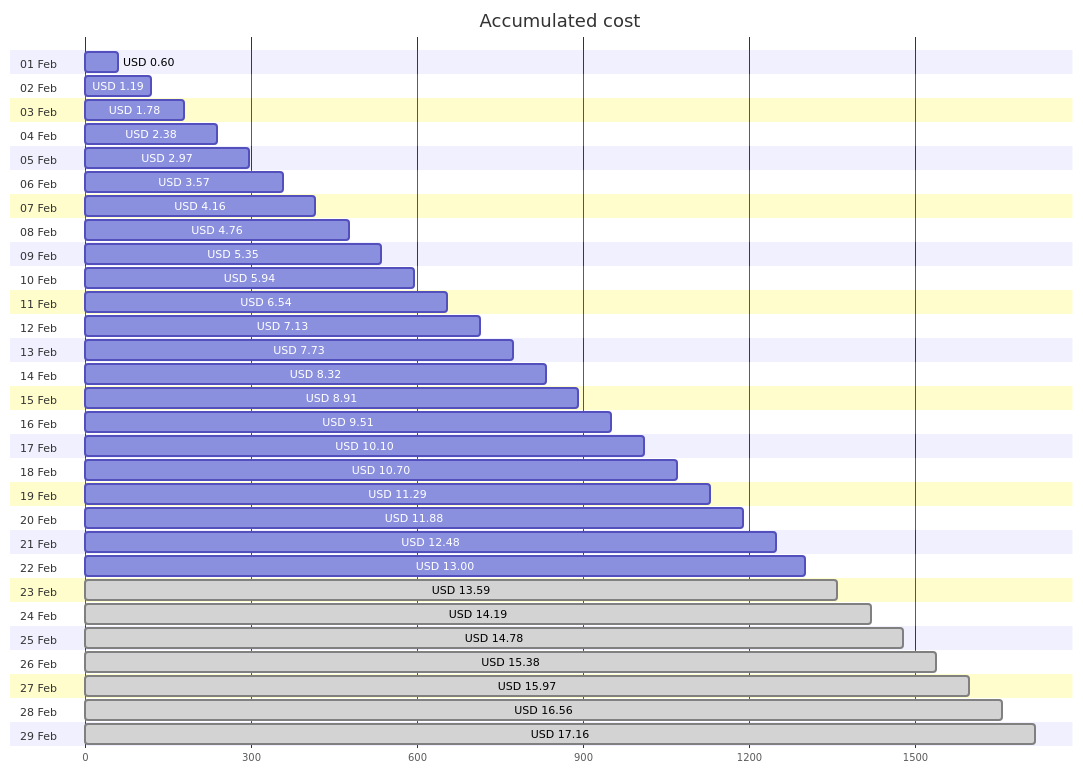
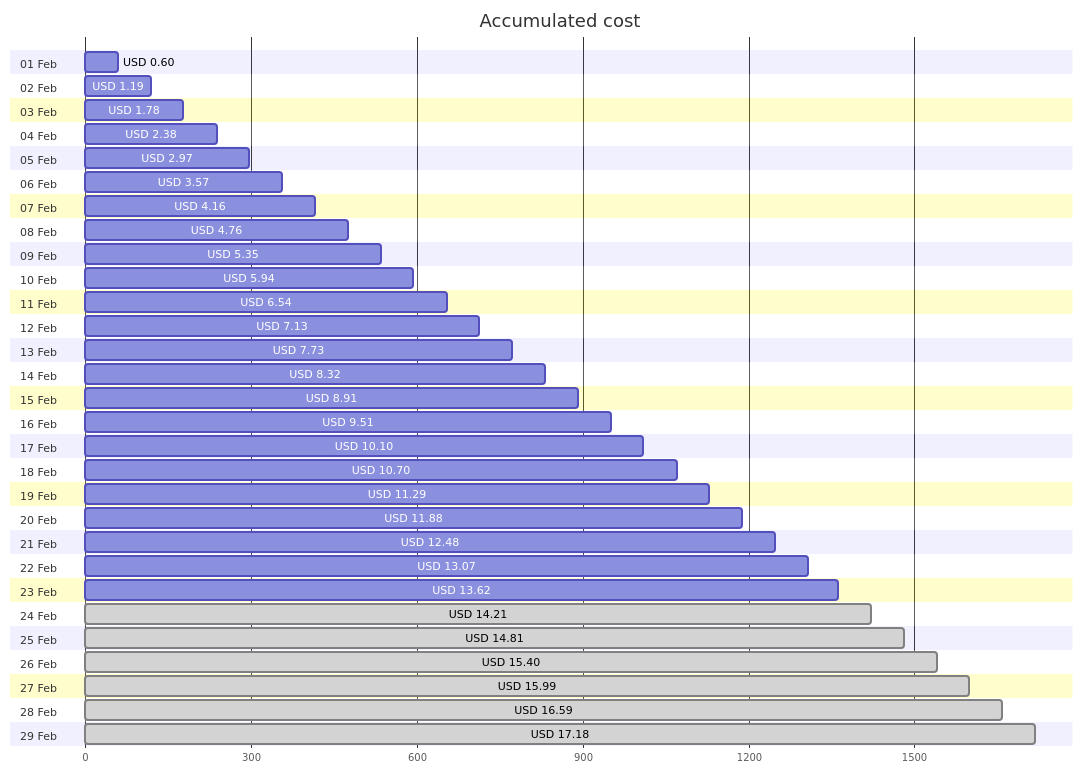
The first of 4 diagrams in cost-reports/personal-site/README.md (jpfulton/azure-personal-reports), drawn with Mermaid before and after one commit. The commit also changed other lines of this file and 6 other files, not shown here.

````diff
--- a/cost-reports/personal-site/README.md
+++ b/cost-reports/personal-site/README.md
@@ -20,64 +20,64 @@
 ```mermaid
 gantt
    title Accumulated cost
    dateFormat  X
    axisFormat %s
    section 01 Feb
    USD 0.60 :0, 60
    section 02 Feb
    USD 1.19 :0, 119
    section 03 Feb
    USD 1.78 :0, 178
    section 04 Feb
    USD 2.38 :0, 238
    section 05 Feb
    USD 2.97 :0, 297
    section 06 Feb
    USD 3.57 :0, 357
    section 07 Feb
    USD 4.16 :0, 416
    section 08 Feb
    USD 4.76 :0, 476
    section 09 Feb
    USD 5.35 :0, 535
    section 10 Feb
    USD 5.94 :0, 594
    section 11 Feb
    USD 6.54 :0, 654
    section 12 Feb
    USD 7.13 :0, 713
    section 13 Feb
    USD 7.73 :0, 773
    section 14 Feb
    USD 8.32 :0, 832
    section 15 Feb
    USD 8.91 :0, 891
    section 16 Feb
    USD 9.51 :0, 951
    section 17 Feb
    USD 10.10 :0, 1010
    section 18 Feb
    USD 10.70 :0, 1070
    section 19 Feb
    USD 11.29 :0, 1129
    section 20 Feb
    USD 11.88 :0, 1188
    section 21 Feb
    USD 12.48 :0, 1248
    section 22 Feb
-   USD 13.00 :0, 1300
+   USD 13.07 :0, 1307
    section 23 Feb
-   USD 13.59 : done, 0, 1359
+   USD 13.62 :0, 1362
    section 24 Feb
-   USD 14.19 : done, 0, 1419
+   USD 14.21 : done, 0, 1421
    section 25 Feb
-   USD 14.78 : done, 0, 1478
+   USD 14.81 : done, 0, 1481
    section 26 Feb
-   USD 15.38 : done, 0, 1538
+   USD 15.40 : done, 0, 1540
    section 27 Feb
-   USD 15.97 : done, 0, 1597
+   USD 15.99 : done, 0, 1599
    section 28 Feb
-   USD 16.56 : done, 0, 1656
+   USD 16.59 : done, 0, 1659
    section 29 Feb
-   USD 17.16 : done, 0, 1716
+   USD 17.18 : done, 0, 1718
 ```
````
